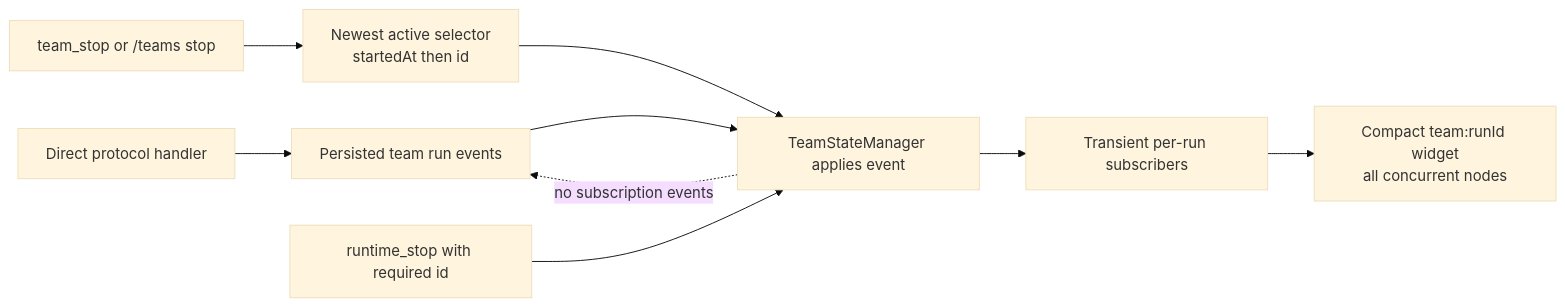
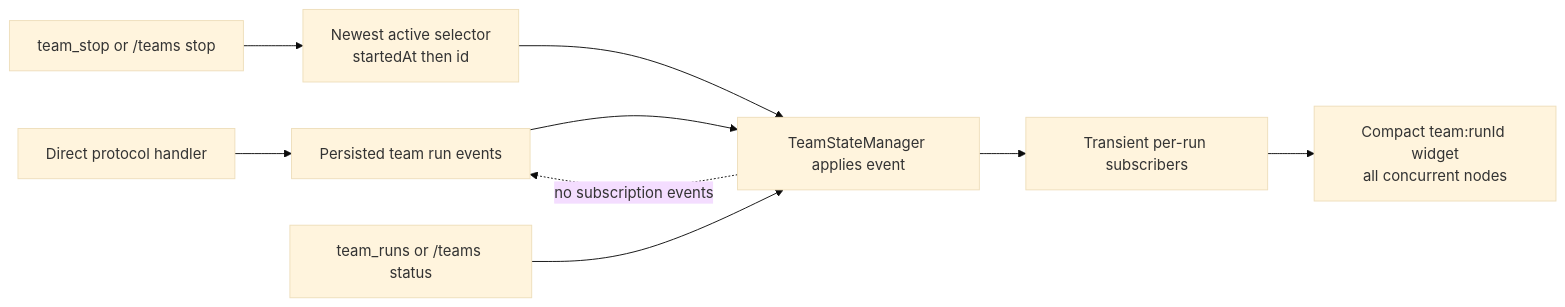
One commit to tS7hKamAYL84j91/pi-tools-and-skills changed diagram 16 of 32 in docs/architecture.md. Above: the diagram before and after it, drawn with Mermaid (base theme). The commit also changed other lines of this file and 103 other files, not shown here.

````diff
--- a/docs/architecture.md
+++ b/docs/architecture.md
@@ -547,11 +536,11 @@
 ```mermaid
 flowchart LR
   Handler[Direct protocol handler] --> Events[Persisted team run events]
   Events --> State[TeamStateManager applies event]
   State --> Subscribers[Transient per-run subscribers]
   Subscribers --> Widget[Compact team:runId widget\nall concurrent nodes]
   Stop[team_stop or /teams stop] --> Select[Newest active selector\nstartedAt then id]
   Select --> State
-  RuntimeStop[runtime_stop with required id] --> State
+  Status[team_runs or /teams status] --> State
   State -. no subscription events .-> Events
 ```
````
